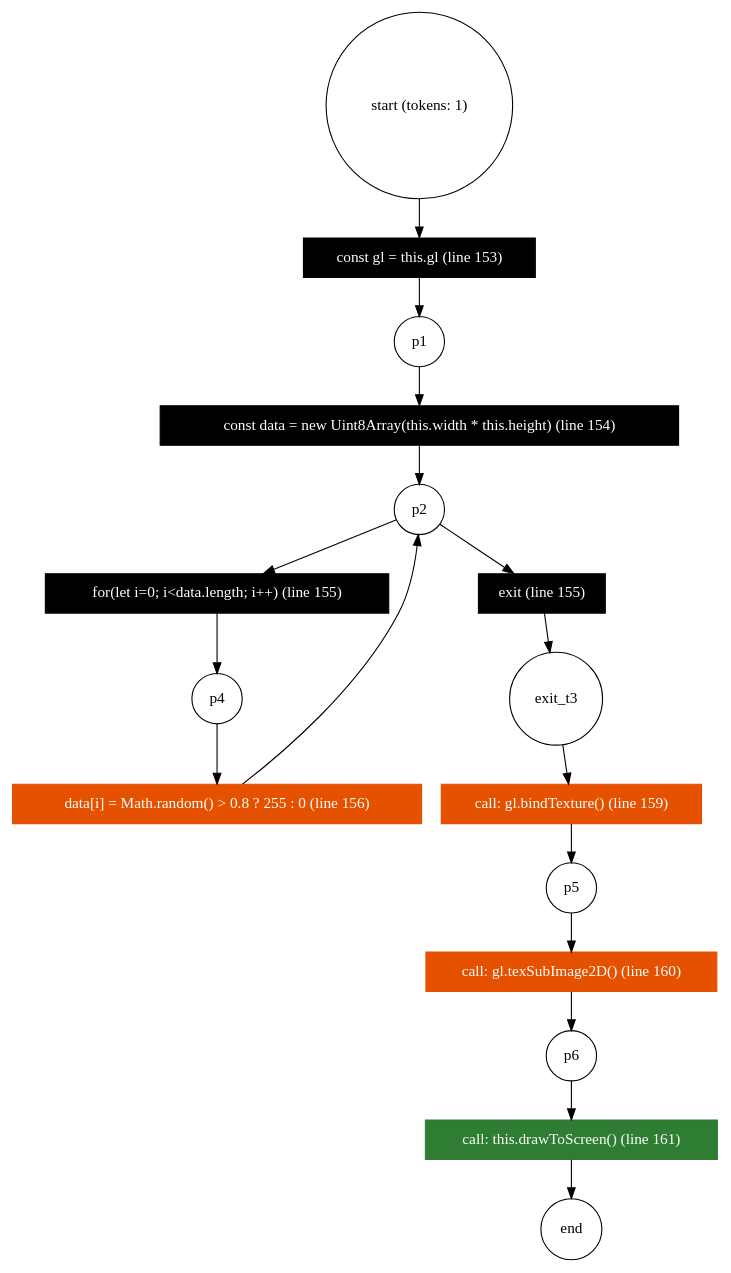
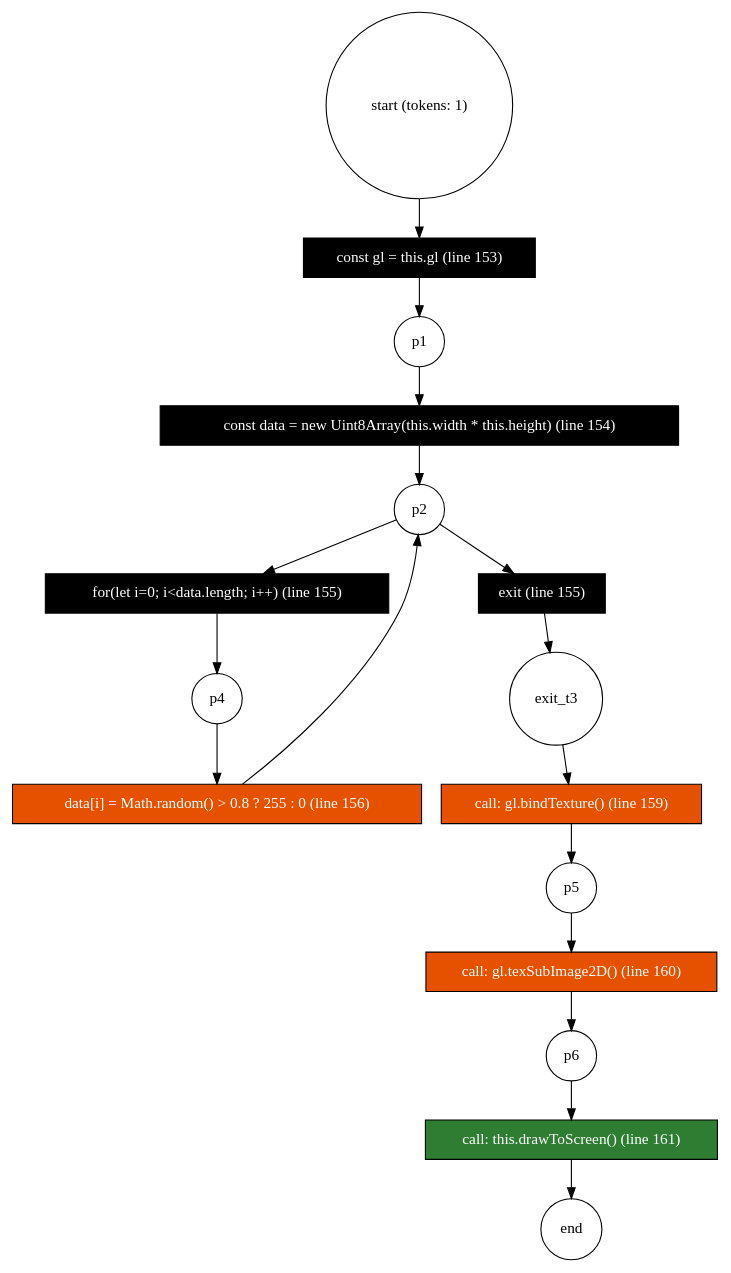
The diagram in .scratch/code2petri/graphs/GameOfLife-260911/webgl_randomize.dot (ric6121824/code2petri), drawn with Graphviz before and after one commit. The commit also changed 33 other files, not shown here.

```diff
--- a/.scratch/code2petri/graphs/GameOfLife-260911/webgl_randomize.dot
+++ b/.scratch/code2petri/graphs/GameOfLife-260911/webgl_randomize.dot
@@ -1,41 +1,41 @@
 digraph PetriNet {
     rankdir=TB;
 
     // Places
     "p0" [shape=circle, label="start (tokens: 1)"];
     "p_end" [shape=circle, label="end"];
     "p1" [shape=circle, label="p1"];
     "p2" [shape=circle, label="p2"];
     "p3" [shape=circle, label="exit_t3"];
     "p4" [shape=circle, label="p4"];
     "p5" [shape=circle, label="p5"];
     "p6" [shape=circle, label="p6"];
 
     // Transitions
     "t1" [shape=rect, style=filled, fillcolor=black, fontcolor=white, label="const gl = this.gl (line 153)"];
     "t2" [shape=rect, style=filled, fillcolor=black, fontcolor=white, label="const data = new Uint8Array(this.width * this.height) (line 154)"];
     "t3" [shape=rect, style=filled, fillcolor=black, fontcolor=white, label="for(let i=0; i<data.length; i++) (line 155)"];
     "t4" [shape=rect, style=filled, fillcolor=black, fontcolor=white, label="exit (line 155)"];
-    "t5" [shape=rect, style=filled, fillcolor="#e65100", fontcolor=white, label="data[i] = Math.random() > 0.8 ? 255 : 0 (line 156)", color="#e65100", tooltip="Unresolved call"];
-    "t6" [shape=rect, style=filled, fillcolor="#e65100", fontcolor=white, label="call: gl.bindTexture() (line 159)", color="#e65100", tooltip="Unresolved call"];
-    "t7" [shape=rect, style=filled, fillcolor="#e65100", fontcolor=white, label="call: gl.texSubImage2D() (line 160)", color="#e65100", tooltip="Unresolved call"];
-    "t8" [shape=rect, style=filled, fillcolor="#2e7d32", fontcolor=white, label="call: this.drawToScreen() (line 161)", color="#2e7d32", tooltip="Resolved to WebGLEngine.drawToScreen in /Users/pingchungtsai/My Drive (ric6121824@gmail.com)/Digital Media MSc/Semester 4/GameOfLife_Simulator/webgl-engine.js"];
+    "t5" [shape=rect, style=filled, fillcolor="#e65100", fontcolor=white, label="data[i] = Math.random() > 0.8 ? 255 : 0 (line 156)", tooltip="Unresolved call"];
+    "t6" [shape=rect, style=filled, fillcolor="#e65100", fontcolor=white, label="call: gl.bindTexture() (line 159)", tooltip="Unresolved call"];
+    "t7" [shape=rect, style=filled, fillcolor="#e65100", fontcolor=white, label="call: gl.texSubImage2D() (line 160)", tooltip="Unresolved call"];
+    "t8" [shape=rect, style=filled, fillcolor="#2e7d32", fontcolor=white, label="call: this.drawToScreen() (line 161)", tooltip="Resolved to WebGLEngine.drawToScreen in /Users/pingchungtsai/My Drive (ric6121824@gmail.com)/Digital Media MSc/Semester 4/GameOfLife_Simulator/webgl-engine.js"];
 
     // Arcs
     "p0" -> "t1";
     "t1" -> "p1";
     "p1" -> "t2";
     "t2" -> "p2";
     "p2" -> "t3";
     "p2" -> "t4";
     "t3" -> "p4";
     "p4" -> "t5";
     "t5" -> "p2";
     "t4" -> "p3";
     "p3" -> "t6";
     "t6" -> "p5";
     "p5" -> "t7";
     "t7" -> "p6";
     "p6" -> "t8";
     "t8" -> "p_end";
 }
```
